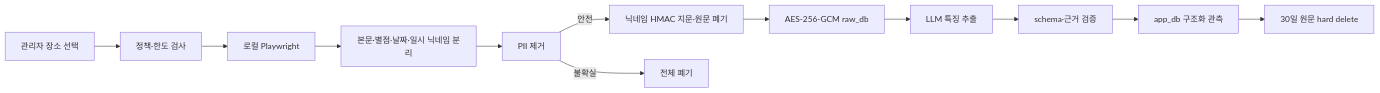
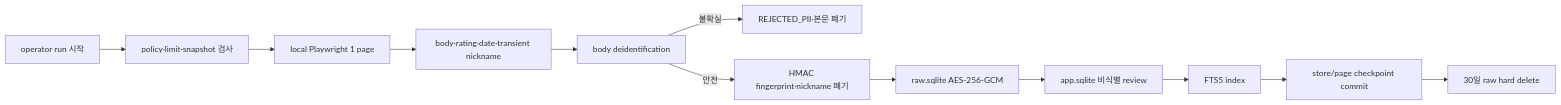
Before and after one commit to minhyeok328/Bread_map: the diagram in docs/07-experiments/review-collection-experiment.md, drawn with Mermaid. The commit also changed other lines of this file and 3 other files, not shown here.

````diff
--- a/docs/07-experiments/review-collection-experiment.md
+++ b/docs/07-experiments/review-collection-experiment.md
@@ -103,14 +107,14 @@
 ```mermaid
 flowchart LR
-    A["관리자 장소 선택"] --> B["정책·한도 검사"]
-    B --> C["로컬 Playwright"]
-    C --> D["본문·별점·날짜·일시 닉네임 분리"]
-    D --> E["PII 제거"]
-    E -->|"안전"| F["닉네임 HMAC 지문·원문 폐기"]
-    E -->|"불확실"| X["전체 폐기"]
-    F --> G["AES-256-GCM raw_db"]
-    G --> H["LLM 특징 추출"]
-    H --> I["schema·근거 검증"]
-    I --> J["app_db 구조화 관측"]
-    J --> K["30일 원문 hard delete"]
+    A["operator run 시작"] --> B["policy·limit·snapshot 검사"]
+    B --> C["local Playwright 1 page"]
+    C --> D["body·rating·date·transient nickname"]
+    D --> E["body deidentification"]
+    E -->|"불확실"| X["REJECTED_PII·본문 폐기"]
+    E -->|"안전"| F["HMAC fingerprint·nickname 폐기"]
+    F --> G["raw.sqlite AES-256-GCM"]
+    G --> H["app.sqlite 비식별 review"]
+    H --> I["FTS5 index"]
+    I --> J["store/page checkpoint commit"]
+    J --> K["30일 raw hard delete"]
 ```
````
